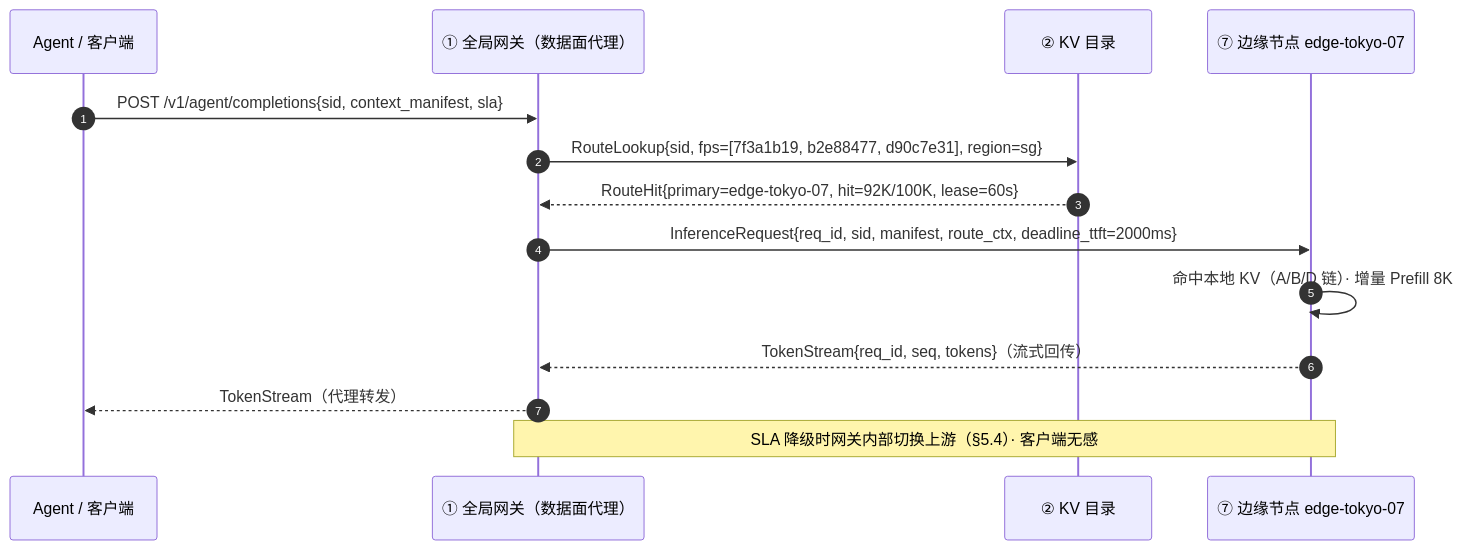
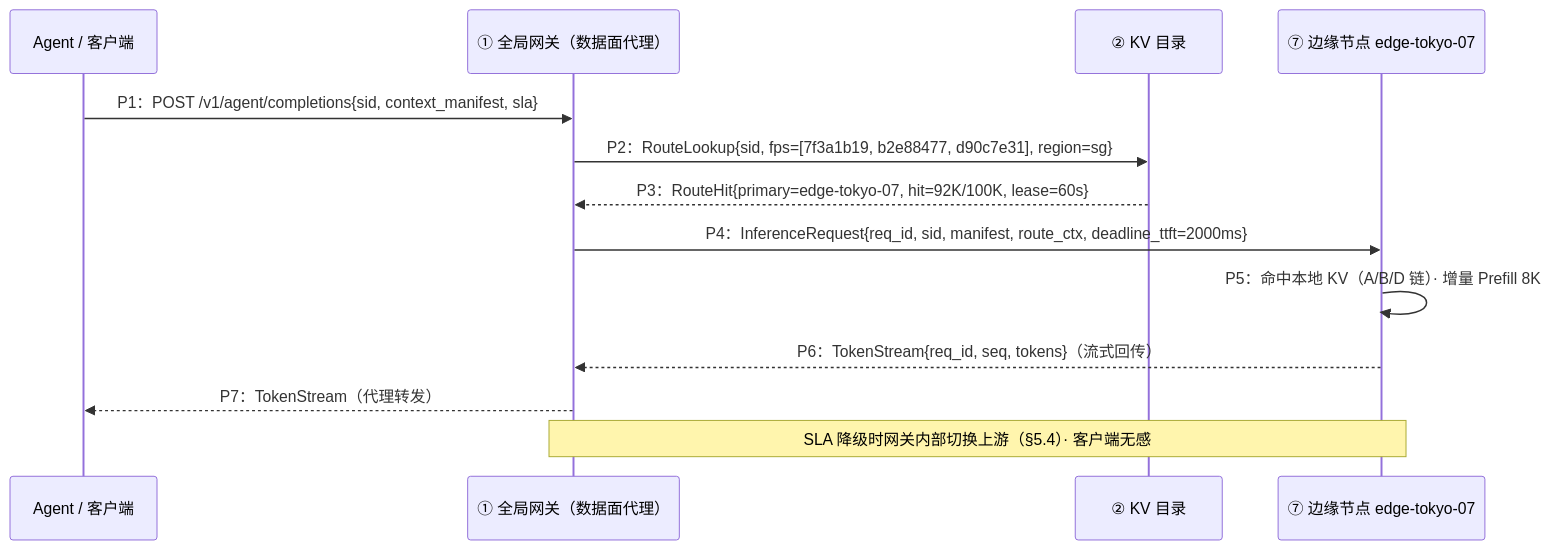
One commit to asml125-sketch/KVCacheCDNSolution changed the second of 9 diagrams in KV Cache CDN 解决方案构想报告（完整版V3）.md. Above: the diagram before and after it, drawn with Mermaid. The commit also changed other lines of this file and 3 other files, not shown here.

````diff
--- a/KV Cache CDN 解决方案构想报告（完整版V3）.md
+++ b/KV Cache CDN 解决方案构想报告（完整版V3）.md
@@ -446,16 +515,15 @@
 ```mermaid
 sequenceDiagram
-    autonumber
     participant A as Agent / 客户端
     participant GW as ① 全局网关（数据面代理）
     participant CAT as ② KV 目录
     participant E as ⑦ 边缘节点 edge-tokyo-07
-    A->>GW: POST /v1/agent/completions{sid, context_manifest, sla}
-    GW->>CAT: RouteLookup{sid, fps=[7f3a1b19, b2e88477, d90c7e31], region=sg}
-    CAT-->>GW: RouteHit{primary=edge-tokyo-07, hit=92K/100K, lease=60s}
-    GW->>E: InferenceRequest{req_id, sid, manifest, route_ctx, deadline_ttft=2000ms}
-    E->>E: 命中本地 KV（A/B/D 链）· 增量 Prefill 8K
-    E-->>GW: TokenStream{req_id, seq, tokens}（流式回传）
-    GW-->>A: TokenStream（代理转发）
+    A->>GW: P1：POST /v1/agent/completions{sid, context_manifest, sla}
+    GW->>CAT: P2：RouteLookup{sid, fps=[7f3a1b19, b2e88477, d90c7e31], region=sg}
+    CAT-->>GW: P3：RouteHit{primary=edge-tokyo-07, hit=92K/100K, lease=60s}
+    GW->>E: P4：InferenceRequest{req_id, sid, manifest, route_ctx, deadline_ttft=2000ms}
+    E->>E: P5：命中本地 KV（A/B/D 链）· 增量 Prefill 8K
+    E-->>GW: P6：TokenStream{req_id, seq, tokens}（流式回传）
+    GW-->>A: P7：TokenStream（代理转发）
     Note over GW,E: SLA 降级时网关内部切换上游（§5.4）· 客户端无感
 ```
````
